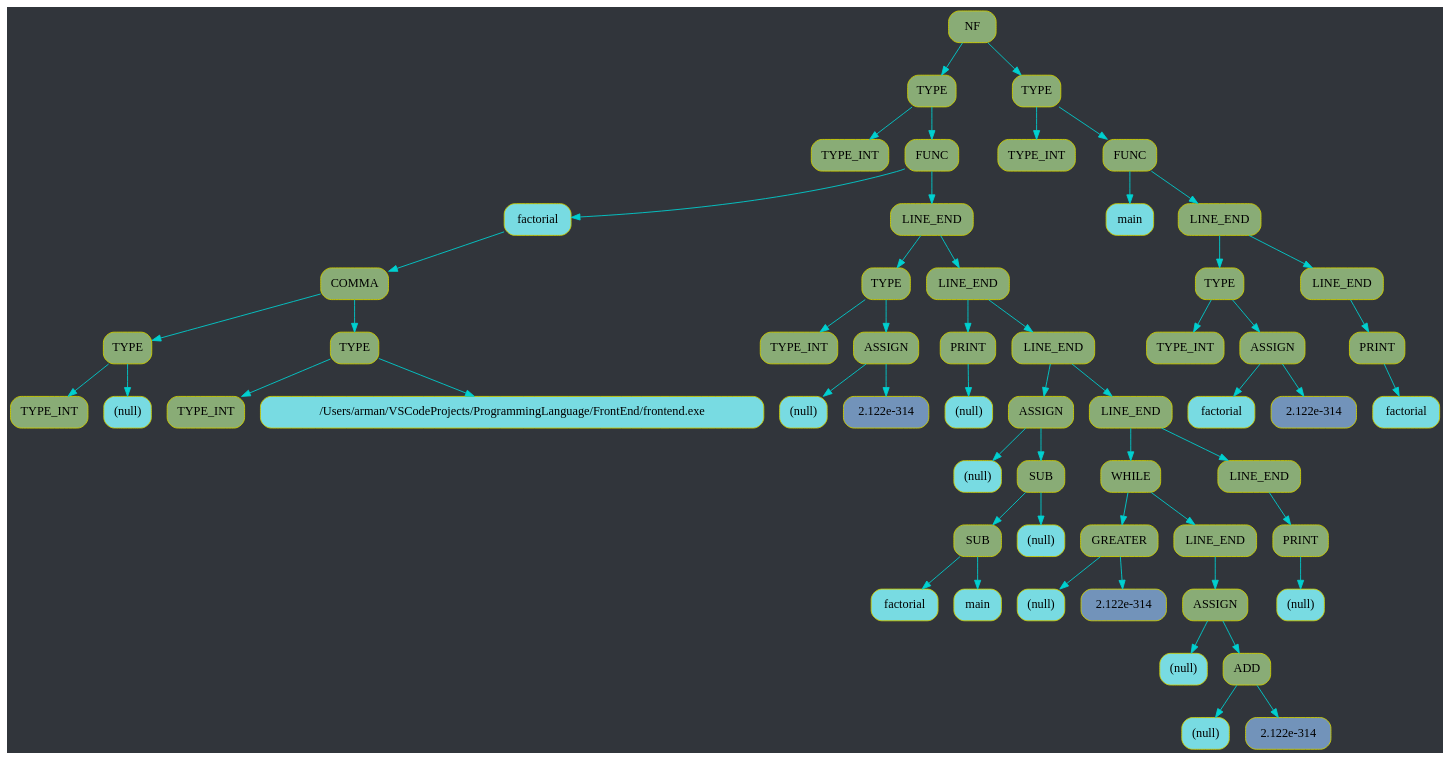
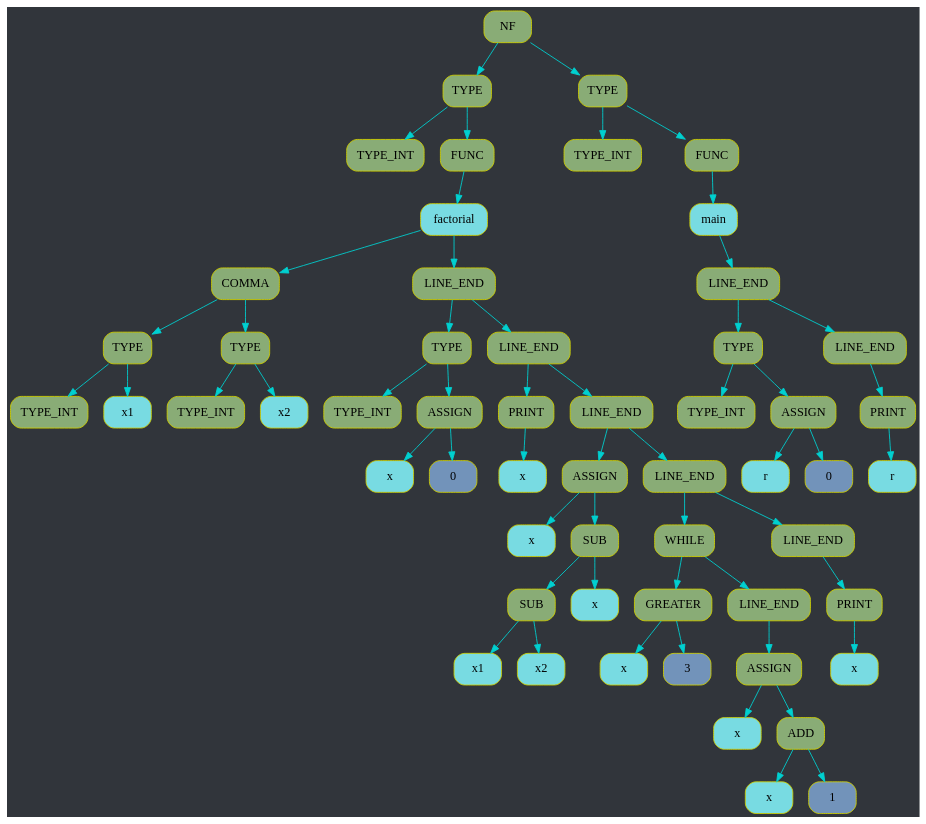
Before and after one commit to d3clane/ProgrammingLanguage: the diagram in FrontEnd/treeHandler.dot, drawn with Graphviz. The commit also changed 31 other files, not shown here.

```diff
--- a/FrontEnd/treeHandler.dot
+++ b/FrontEnd/treeHandler.dot
@@ -2,171 +2,171 @@
 rankdir=TB;
 graph [bgcolor="#31353b"];
 edge[color="#00D0D0"];
-node0x154616380[shape=Mrecord, style=filled, fillcolor="#89AC76", label = "NF", color = "#D0D000"];
-node0x154616190[shape=Mrecord, style=filled, fillcolor="#89AC76", label = "TYPE", color = "#D0D000"];
-node0x154615ba0[shape=Mrecord, style=filled, fillcolor="#89AC76", label = "TYPE_INT", color = "#D0D000"];
-node0x154615bf0[shape=Mrecord, style=filled, fillcolor="#89AC76", label = "FUNC", color = "#D0D000"];
-node0x154615bd0[shape=Mrecord, style=filled, fillcolor="#78DBE2", label = "factorial", color = "#D0D000"];
-node0x154615cf0[shape=Mrecord, style=filled, fillcolor="#89AC76", label = "COMMA", color = "#D0D000"];
-node0x154615c60[shape=Mrecord, style=filled, fillcolor="#89AC76", label = "TYPE", color = "#D0D000"];
-node0x154615c10[shape=Mrecord, style=filled, fillcolor="#89AC76", label = "TYPE_INT", color = "#D0D000"];
-node0x154615c40[shape=Mrecord, style=filled, fillcolor="#78DBE2", label = "(null)", color = "#D0D000"];
-node0x154615cd0[shape=Mrecord, style=filled, fillcolor="#89AC76", label = "TYPE", color = "#D0D000"];
-node0x154615c80[shape=Mrecord, style=filled, fillcolor="#89AC76", label = "TYPE_INT", color = "#D0D000"];
-node0x154615cb0[shape=Mrecord, style=filled, fillcolor="#78DBE2", label = "/Users/arman/VSCodeProjects/ProgrammingLanguage/FrontEnd/frontend.exe", color = "#D0D000"];
-node0x154615d10[shape=Mrecord, style=filled, fillcolor="#89AC76", label = "LINE_END", color = "#D0D000"];
-node0x154615dc0[shape=Mrecord, style=filled, fillcolor="#89AC76", label = "TYPE", color = "#D0D000"];
-node0x154615d30[shape=Mrecord, style=filled, fillcolor="#89AC76", label = "TYPE_INT", color = "#D0D000"];
-node0x154615da0[shape=Mrecord, style=filled, fillcolor="#89AC76", label = "ASSIGN", color = "#D0D000"];
-node0x154615d60[shape=Mrecord, style=filled, fillcolor="#78DBE2", label = "(null)", color = "#D0D000"];
-node0x154615d80[shape=Mrecord, style=filled, fillcolor="#7293ba", label = "2.122e-314", color = "#D0D000"];
-node0x154615de0[shape=Mrecord, style=filled, fillcolor="#89AC76", label = "LINE_END", color = "#D0D000"];
-node0x154615e30[shape=Mrecord, style=filled, fillcolor="#89AC76", label = "PRINT", color = "#D0D000"];
-node0x154615e10[shape=Mrecord, style=filled, fillcolor="#78DBE2", label = "(null)", color = "#D0D000"];
-node0x154615e50[shape=Mrecord, style=filled, fillcolor="#89AC76", label = "LINE_END", color = "#D0D000"];
-node0x154615f70[shape=Mrecord, style=filled, fillcolor="#89AC76", label = "ASSIGN", color = "#D0D000"];
-node0x154615e80[shape=Mrecord, style=filled, fillcolor="#78DBE2", label = "(null)", color = "#D0D000"];
-node0x154615f50[shape=Mrecord, style=filled, fillcolor="#89AC76", label = "SUB", color = "#D0D000"];
-node0x154615f00[shape=Mrecord, style=filled, fillcolor="#89AC76", label = "SUB", color = "#D0D000"];
-node0x154615eb0[shape=Mrecord, style=filled, fillcolor="#78DBE2", label = "factorial", color = "#D0D000"];
-node0x154615ee0[shape=Mrecord, style=filled, fillcolor="#78DBE2", label = "main", color = "#D0D000"];
-node0x154615f30[shape=Mrecord, style=filled, fillcolor="#78DBE2", label = "(null)", color = "#D0D000"];
-node0x154615f90[shape=Mrecord, style=filled, fillcolor="#89AC76", label = "LINE_END", color = "#D0D000"];
-node0x154616100[shape=Mrecord, style=filled, fillcolor="#89AC76", label = "WHILE", color = "#D0D000"];
-node0x154616000[shape=Mrecord, style=filled, fillcolor="#89AC76", label = "GREATER", color = "#D0D000"];
-node0x154615fc0[shape=Mrecord, style=filled, fillcolor="#78DBE2", label = "(null)", color = "#D0D000"];
-node0x154615fe0[shape=Mrecord, style=filled, fillcolor="#7293ba", label = "2.122e-314", color = "#D0D000"];
-node0x154616020[shape=Mrecord, style=filled, fillcolor="#89AC76", label = "LINE_END", color = "#D0D000"];
-node0x1546160e0[shape=Mrecord, style=filled, fillcolor="#89AC76", label = "ASSIGN", color = "#D0D000"];
-node0x154616050[shape=Mrecord, style=filled, fillcolor="#78DBE2", label = "(null)", color = "#D0D000"];
-node0x1546160c0[shape=Mrecord, style=filled, fillcolor="#89AC76", label = "ADD", color = "#D0D000"];
-node0x154616080[shape=Mrecord, style=filled, fillcolor="#78DBE2", label = "(null)", color = "#D0D000"];
-node0x1546160a0[shape=Mrecord, style=filled, fillcolor="#7293ba", label = "2.122e-314", color = "#D0D000"];
-node0x154616120[shape=Mrecord, style=filled, fillcolor="#89AC76", label = "LINE_END", color = "#D0D000"];
-node0x154616170[shape=Mrecord, style=filled, fillcolor="#89AC76", label = "PRINT", color = "#D0D000"];
-node0x154616150[shape=Mrecord, style=filled, fillcolor="#78DBE2", label = "(null)", color = "#D0D000"];
-node0x154616360[shape=Mrecord, style=filled, fillcolor="#89AC76", label = "TYPE", color = "#D0D000"];
-node0x1546161b0[shape=Mrecord, style=filled, fillcolor="#89AC76", label = "TYPE_INT", color = "#D0D000"];
-node0x154616200[shape=Mrecord, style=filled, fillcolor="#89AC76", label = "FUNC", color = "#D0D000"];
-node0x1546161e0[shape=Mrecord, style=filled, fillcolor="#78DBE2", label = "main", color = "#D0D000"];
-node0x154616220[shape=Mrecord, style=filled, fillcolor="#89AC76", label = "LINE_END", color = "#D0D000"];
-node0x1546162d0[shape=Mrecord, style=filled, fillcolor="#89AC76", label = "TYPE", color = "#D0D000"];
-node0x154616240[shape=Mrecord, style=filled, fillcolor="#89AC76", label = "TYPE_INT", color = "#D0D000"];
-node0x1546162b0[shape=Mrecord, style=filled, fillcolor="#89AC76", label = "ASSIGN", color = "#D0D000"];
-node0x154616270[shape=Mrecord, style=filled, fillcolor="#78DBE2", label = "factorial", color = "#D0D000"];
-node0x154616290[shape=Mrecord, style=filled, fillcolor="#7293ba", label = "2.122e-314", color = "#D0D000"];
-node0x1546162f0[shape=Mrecord, style=filled, fillcolor="#89AC76", label = "LINE_END", color = "#D0D000"];
-node0x154616340[shape=Mrecord, style=filled, fillcolor="#89AC76", label = "PRINT", color = "#D0D000"];
-node0x154616320[shape=Mrecord, style=filled, fillcolor="#78DBE2", label = "factorial", color = "#D0D000"];
-node0x154616380;
-node0x154616380->node0x154616190;
-node0x154616190->node0x154615ba0;
+node0x12bf11640[shape=Mrecord, style=filled, fillcolor="#89AC76", label = "NF", color = "#D0D000"];
+node0x12bf11430[shape=Mrecord, style=filled, fillcolor="#89AC76", label = "TYPE", color = "#D0D000"];
+node0x12bf10180[shape=Mrecord, style=filled, fillcolor="#89AC76", label = "TYPE_INT", color = "#D0D000"];
+node0x12bf10e90[shape=Mrecord, style=filled, fillcolor="#89AC76", label = "FUNC", color = "#D0D000"];
+node0x12bf10e70[shape=Mrecord, style=filled, fillcolor="#78DBE2", label = "factorial", color = "#D0D000"];
+node0x12bf10f90[shape=Mrecord, style=filled, fillcolor="#89AC76", label = "COMMA", color = "#D0D000"];
+node0x12bf10f00[shape=Mrecord, style=filled, fillcolor="#89AC76", label = "TYPE", color = "#D0D000"];
+node0x12bf10eb0[shape=Mrecord, style=filled, fillcolor="#89AC76", label = "TYPE_INT", color = "#D0D000"];
+node0x12bf10ee0[shape=Mrecord, style=filled, fillcolor="#78DBE2", label = "x1", color = "#D0D000"];
+node0x12bf10f70[shape=Mrecord, style=filled, fillcolor="#89AC76", label = "TYPE", color = "#D0D000"];
+node0x12bf10f20[shape=Mrecord, style=filled, fillcolor="#89AC76", label = "TYPE_INT", color = "#D0D000"];
+node0x12bf10f50[shape=Mrecord, style=filled, fillcolor="#78DBE2", label = "x2", color = "#D0D000"];
+node0x12bf10fb0[shape=Mrecord, style=filled, fillcolor="#89AC76", label = "LINE_END", color = "#D0D000"];
+node0x12bf11060[shape=Mrecord, style=filled, fillcolor="#89AC76", label = "TYPE", color = "#D0D000"];
+node0x12bf10fd0[shape=Mrecord, style=filled, fillcolor="#89AC76", label = "TYPE_INT", color = "#D0D000"];
+node0x12bf11040[shape=Mrecord, style=filled, fillcolor="#89AC76", label = "ASSIGN", color = "#D0D000"];
+node0x12bf11000[shape=Mrecord, style=filled, fillcolor="#78DBE2", label = "x", color = "#D0D000"];
+node0x12bf11020[shape=Mrecord, style=filled, fillcolor="#7293ba", label = "0", color = "#D0D000"];
+node0x12bf11080[shape=Mrecord, style=filled, fillcolor="#89AC76", label = "LINE_END", color = "#D0D000"];
+node0x12bf110d0[shape=Mrecord, style=filled, fillcolor="#89AC76", label = "PRINT", color = "#D0D000"];
+node0x12bf110b0[shape=Mrecord, style=filled, fillcolor="#78DBE2", label = "x", color = "#D0D000"];
+node0x12bf110f0[shape=Mrecord, style=filled, fillcolor="#89AC76", label = "LINE_END", color = "#D0D000"];
+node0x12bf11210[shape=Mrecord, style=filled, fillcolor="#89AC76", label = "ASSIGN", color = "#D0D000"];
+node0x12bf11120[shape=Mrecord, style=filled, fillcolor="#78DBE2", label = "x", color = "#D0D000"];
+node0x12bf111f0[shape=Mrecord, style=filled, fillcolor="#89AC76", label = "SUB", color = "#D0D000"];
+node0x12bf111a0[shape=Mrecord, style=filled, fillcolor="#89AC76", label = "SUB", color = "#D0D000"];
+node0x12bf11150[shape=Mrecord, style=filled, fillcolor="#78DBE2", label = "x1", color = "#D0D000"];
+node0x12bf11180[shape=Mrecord, style=filled, fillcolor="#78DBE2", label = "x2", color = "#D0D000"];
+node0x12bf111d0[shape=Mrecord, style=filled, fillcolor="#78DBE2", label = "x", color = "#D0D000"];
+node0x12bf11230[shape=Mrecord, style=filled, fillcolor="#89AC76", label = "LINE_END", color = "#D0D000"];
+node0x12bf113b0[shape=Mrecord, style=filled, fillcolor="#89AC76", label = "WHILE", color = "#D0D000"];
+node0x12bf112a0[shape=Mrecord, style=filled, fillcolor="#89AC76", label = "GREATER", color = "#D0D000"];
+node0x12bf11260[shape=Mrecord, style=filled, fillcolor="#78DBE2", label = "x", color = "#D0D000"];
+node0x12bf11280[shape=Mrecord, style=filled, fillcolor="#7293ba", label = "3", color = "#D0D000"];
+node0x12bf112c0[shape=Mrecord, style=filled, fillcolor="#89AC76", label = "LINE_END", color = "#D0D000"];
+node0x12bf11390[shape=Mrecord, style=filled, fillcolor="#89AC76", label = "ASSIGN", color = "#D0D000"];
+node0x12bf112f0[shape=Mrecord, style=filled, fillcolor="#78DBE2", label = "x", color = "#D0D000"];
+node0x12bf11370[shape=Mrecord, style=filled, fillcolor="#89AC76", label = "ADD", color = "#D0D000"];
+node0x12bf11330[shape=Mrecord, style=filled, fillcolor="#78DBE2", label = "x", color = "#D0D000"];
+node0x12bf11350[shape=Mrecord, style=filled, fillcolor="#7293ba", label = "1", color = "#D0D000"];
+node0x12bf113d0[shape=Mrecord, style=filled, fillcolor="#89AC76", label = "LINE_END", color = "#D0D000"];
+node0x12bf11410[shape=Mrecord, style=filled, fillcolor="#89AC76", label = "PRINT", color = "#D0D000"];
+node0x12bf113f0[shape=Mrecord, style=filled, fillcolor="#78DBE2", label = "x", color = "#D0D000"];
+node0x12bf11620[shape=Mrecord, style=filled, fillcolor="#89AC76", label = "TYPE", color = "#D0D000"];
+node0x12bf11470[shape=Mrecord, style=filled, fillcolor="#89AC76", label = "TYPE_INT", color = "#D0D000"];
+node0x12bf114c0[shape=Mrecord, style=filled, fillcolor="#89AC76", label = "FUNC", color = "#D0D000"];
+node0x12bf114a0[shape=Mrecord, style=filled, fillcolor="#78DBE2", label = "main", color = "#D0D000"];
+node0x12bf114e0[shape=Mrecord, style=filled, fillcolor="#89AC76", label = "LINE_END", color = "#D0D000"];
+node0x12bf11590[shape=Mrecord, style=filled, fillcolor="#89AC76", label = "TYPE", color = "#D0D000"];
+node0x12bf11500[shape=Mrecord, style=filled, fillcolor="#89AC76", label = "TYPE_INT", color = "#D0D000"];
+node0x12bf11570[shape=Mrecord, style=filled, fillcolor="#89AC76", label = "ASSIGN", color = "#D0D000"];
+node0x12bf11530[shape=Mrecord, style=filled, fillcolor="#78DBE2", label = "r", color = "#D0D000"];
+node0x12bf11550[shape=Mrecord, style=filled, fillcolor="#7293ba", label = "0", color = "#D0D000"];
+node0x12bf115b0[shape=Mrecord, style=filled, fillcolor="#89AC76", label = "LINE_END", color = "#D0D000"];
+node0x12bf11600[shape=Mrecord, style=filled, fillcolor="#89AC76", label = "PRINT", color = "#D0D000"];
+node0x12bf115e0[shape=Mrecord, style=filled, fillcolor="#78DBE2", label = "r", color = "#D0D000"];
+node0x12bf11640;
+node0x12bf11640->node0x12bf11430;
+node0x12bf11430->node0x12bf10180;
 
 
-node0x154616190->node0x154615bf0;
-node0x154615bf0->node0x154615bd0;
-node0x154615bd0->node0x154615cf0;
-node0x154615cf0->node0x154615c60;
-node0x154615c60->node0x154615c10;
+node0x12bf11430->node0x12bf10e90;
+node0x12bf10e90->node0x12bf10e70;
+node0x12bf10e70->node0x12bf10f90;
+node0x12bf10f90->node0x12bf10f00;
+node0x12bf10f00->node0x12bf10eb0;
 
 
-node0x154615c60->node0x154615c40;
+node0x12bf10f00->node0x12bf10ee0;
 
 
-node0x154615cf0->node0x154615cd0;
-node0x154615cd0->node0x154615c80;
+node0x12bf10f90->node0x12bf10f70;
+node0x12bf10f70->node0x12bf10f20;
 
 
-node0x154615cd0->node0x154615cb0;
+node0x12bf10f70->node0x12bf10f50;
+
+
+node0x12bf10e70->node0x12bf10fb0;
+node0x12bf10fb0->node0x12bf11060;
+node0x12bf11060->node0x12bf10fd0;
+
+
+node0x12bf11060->node0x12bf11040;
+node0x12bf11040->node0x12bf11000;
+
+
+node0x12bf11040->node0x12bf11020;
+
+
+node0x12bf10fb0->node0x12bf11080;
+node0x12bf11080->node0x12bf110d0;
+node0x12bf110d0->node0x12bf110b0;
 
 
 
-node0x154615bf0->node0x154615d10;
-node0x154615d10->node0x154615dc0;
-node0x154615dc0->node0x154615d30;
+node0x12bf11080->node0x12bf110f0;
+node0x12bf110f0->node0x12bf11210;
+node0x12bf11210->node0x12bf11120;
 
 
-node0x154615dc0->node0x154615da0;
-node0x154615da0->node0x154615d60;
+node0x12bf11210->node0x12bf111f0;
+node0x12bf111f0->node0x12bf111a0;
+node0x12bf111a0->node0x12bf11150;
 
 
-node0x154615da0->node0x154615d80;
+node0x12bf111a0->node0x12bf11180;
 
 
-node0x154615d10->node0x154615de0;
-node0x154615de0->node0x154615e30;
-node0x154615e30->node0x154615e10;
+node0x12bf111f0->node0x12bf111d0;
+
+
+node0x12bf110f0->node0x12bf11230;
+node0x12bf11230->node0x12bf113b0;
+node0x12bf113b0->node0x12bf112a0;
+node0x12bf112a0->node0x12bf11260;
+
+
+node0x12bf112a0->node0x12bf11280;
+
+
+node0x12bf113b0->node0x12bf112c0;
+node0x12bf112c0->node0x12bf11390;
+node0x12bf11390->node0x12bf112f0;
+
+
+node0x12bf11390->node0x12bf11370;
+node0x12bf11370->node0x12bf11330;
+
+
+node0x12bf11370->node0x12bf11350;
 
 
 
-node0x154615de0->node0x154615e50;
-node0x154615e50->node0x154615f70;
-node0x154615f70->node0x154615e80;
-
-
-node0x154615f70->node0x154615f50;
-node0x154615f50->node0x154615f00;
-node0x154615f00->node0x154615eb0;
-
-
-node0x154615f00->node0x154615ee0;
-
-
-node0x154615f50->node0x154615f30;
-
-
-node0x154615e50->node0x154615f90;
-node0x154615f90->node0x154616100;
-node0x154616100->node0x154616000;
-node0x154616000->node0x154615fc0;
-
-
-node0x154616000->node0x154615fe0;
-
-
-node0x154616100->node0x154616020;
-node0x154616020->node0x1546160e0;
-node0x1546160e0->node0x154616050;
-
-
-node0x1546160e0->node0x1546160c0;
-node0x1546160c0->node0x154616080;
-
-
-node0x1546160c0->node0x1546160a0;
-
-
-
-node0x154615f90->node0x154616120;
-node0x154616120->node0x154616170;
-node0x154616170->node0x154616150;
+node0x12bf11230->node0x12bf113d0;
+node0x12bf113d0->node0x12bf11410;
+node0x12bf11410->node0x12bf113f0;
 
 
 
 
-node0x154616380->node0x154616360;
-node0x154616360->node0x1546161b0;
+
+node0x12bf11640->node0x12bf11620;
+node0x12bf11620->node0x12bf11470;
 
 
-node0x154616360->node0x154616200;
-node0x154616200->node0x1546161e0;
+node0x12bf11620->node0x12bf114c0;
+node0x12bf114c0->node0x12bf114a0;
+
+node0x12bf114a0->node0x12bf114e0;
+node0x12bf114e0->node0x12bf11590;
+node0x12bf11590->node0x12bf11500;
 
 
-node0x154616200->node0x154616220;
-node0x154616220->node0x1546162d0;
-node0x1546162d0->node0x154616240;
+node0x12bf11590->node0x12bf11570;
+node0x12bf11570->node0x12bf11530;
 
 
-node0x1546162d0->node0x1546162b0;
-node0x1546162b0->node0x154616270;
+node0x12bf11570->node0x12bf11550;
 
 
-node0x1546162b0->node0x154616290;
+node0x12bf114e0->node0x12bf115b0;
+node0x12bf115b0->node0x12bf11600;
+node0x12bf11600->node0x12bf115e0;
 
-
-node0x154616220->node0x1546162f0;
-node0x1546162f0->node0x154616340;
-node0x154616340->node0x154616320;
 
 
 
```
